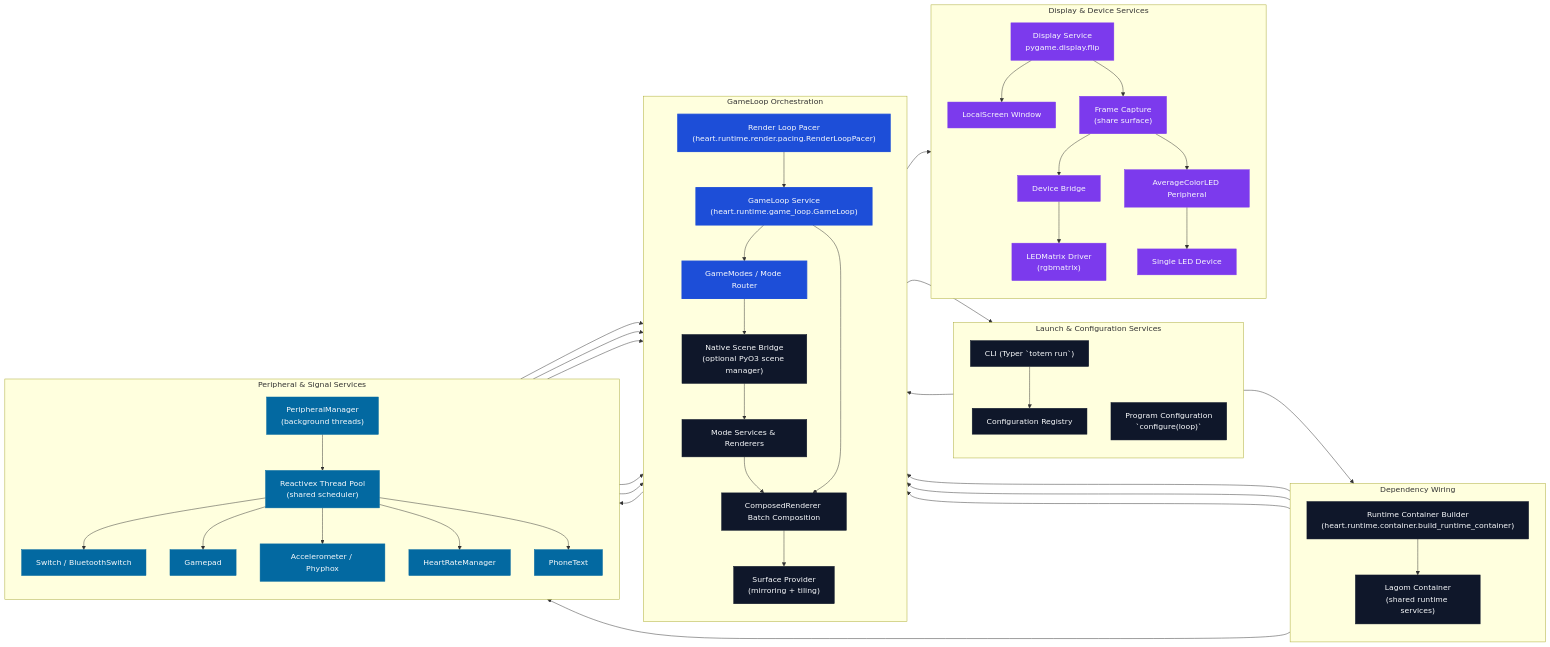
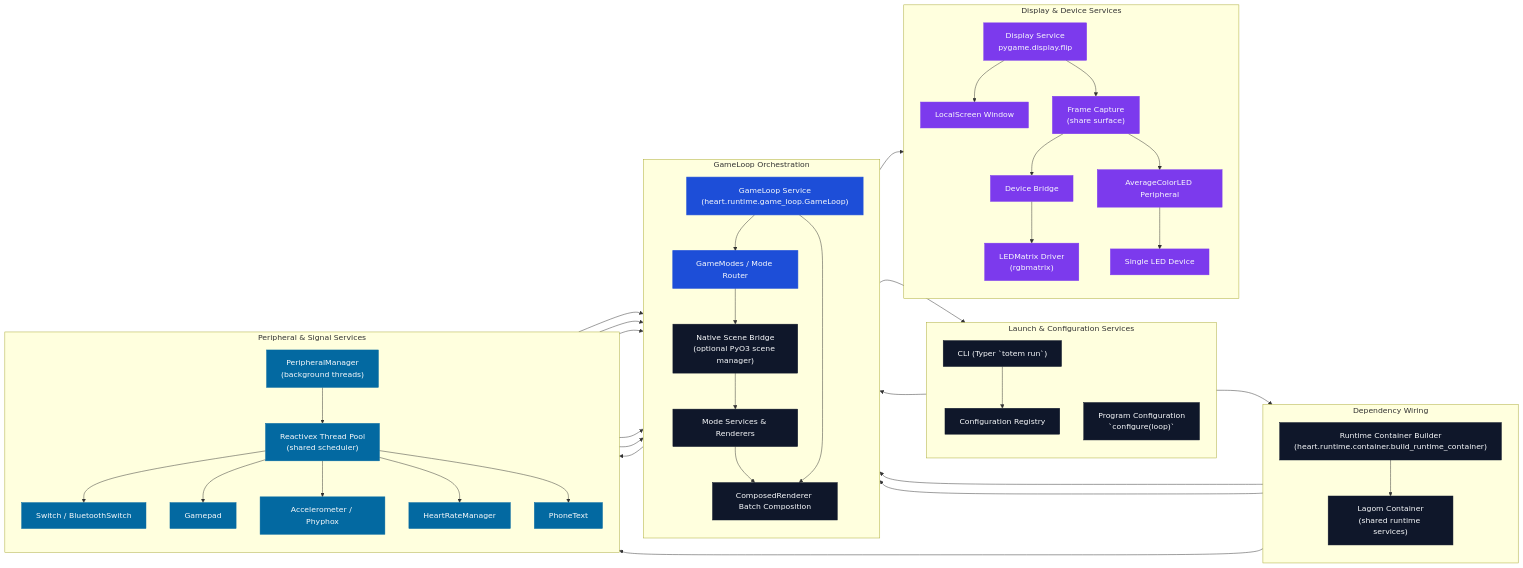
One commit to Organization5762/heart changed the diagram in docs/code_flow.md. Above: the diagram before and after it, drawn with Mermaid. The commit also changed 29 other files, not shown here.

Commit message:
Simplify runtime composition and remove dead render settings

````diff
--- a/docs/code_flow.md
+++ b/docs/code_flow.md
@@ -19,79 +19,75 @@
 ```mermaid
 flowchart LR
     %% Visual classes for different service categories
     classDef orchestrator fill:#1d4ed8,stroke:#1d4ed8,color:#f8fafc,stroke-width:2px;
     classDef service fill:#0f172a,stroke:#0f172a,color:#f8fafc;
     classDef input fill:#0369a1,stroke:#0369a1,color:#f8fafc;
     classDef output fill:#7c3aed,stroke:#7c3aed,color:#f8fafc;
 
     subgraph Launch["Launch & Configuration Services"]
         direction TB
         CLI["CLI (Typer `totem run`)"]
         Registry["Configuration Registry"]
         Configurer["Program Configuration\n`configure(loop)`"]
     end
 
     subgraph Wiring["Dependency Wiring"]
         direction TB
         ContainerBuilder["Runtime Container Builder\n(heart.runtime.container.build_runtime_container)"]
         RuntimeContainer["Lagom Container\n(shared runtime services)"]
     end
 
     subgraph Runtime["GameLoop Orchestration"]
         direction TB
         Loop["GameLoop Service\n(heart.runtime.game_loop.GameLoop)"]
-        RenderPacer["Render Loop Pacer\n(heart.runtime.render.pacing.RenderLoopPacer)"]
         ModeRouter["GameModes / Mode Router"]
         NativeSceneBridge["Native Scene Bridge\n(optional PyO3 scene manager)"]
         ModeServices["Mode Services & Renderers"]
         CompositionManager["ComposedRenderer Batch Composition"]
-        SurfaceProvider["Surface Provider\n(mirroring + tiling)"]
     end
 
     subgraph Inputs["Peripheral & Signal Services"]
         direction TB
         PeripheralMgr["PeripheralManager\n(background threads)"]
         RxScheduler["Reactivex Thread Pool\n(shared scheduler)"]
         Switch["Switch / BluetoothSwitch"]
         Gamepad["Gamepad"]
         Sensors["Accelerometer / Phyphox"]
         HeartRate["HeartRateManager"]
         PhoneText["PhoneText"]
     end
 
     subgraph Outputs["Display & Device Services"]
         direction TB
         DisplaySvc["Display Service\npygame.display.flip"]
         LocalScreen["LocalScreen Window"]
         Capture["Frame Capture\n(share surface)"]
         DeviceBridge["Device Bridge"]
         LedMatrix["LEDMatrix Driver\n(rgbmatrix)"]
         AverageMirror["AverageColorLED Peripheral"]
         SingleLED["Single LED Device"]
     end
 
     CLI --> Registry --> ContainerBuilder --> RuntimeContainer --> Loop
-    RuntimeContainer --> RenderPacer --> Loop
     Loop --> Configurer --> ModeRouter
     Loop --> ModeRouter
     RuntimeContainer --> ModeRouter
     RuntimeContainer --> PeripheralMgr
     ModeRouter --> NativeSceneBridge --> ModeServices --> CompositionManager --> DisplaySvc
     Loop --> CompositionManager
-    CompositionManager --> SurfaceProvider
     DisplaySvc --> LocalScreen
     DisplaySvc --> Capture --> DeviceBridge --> LedMatrix
     Capture --> AverageMirror --> SingleLED
 
     Loop --> PeripheralMgr --> RxScheduler
     RxScheduler --> Switch --> ModeRouter
     RxScheduler --> Gamepad --> ModeRouter
     RxScheduler --> Sensors --> ModeServices
     RxScheduler --> HeartRate --> ModeServices
     RxScheduler --> PhoneText --> ModeServices
 
-    class CLI,Registry,Configurer,ContainerBuilder,RuntimeContainer,NativeSceneBridge,ModeServices,SurfaceProvider,CompositionManager service;
-    class Loop,ModeRouter,RenderPacer orchestrator;
+    class CLI,Registry,Configurer,ContainerBuilder,RuntimeContainer,NativeSceneBridge,ModeServices,CompositionManager service;
+    class Loop,ModeRouter orchestrator;
     class PeripheralMgr,RxScheduler,Switch,Gamepad,Sensors,HeartRate,PhoneText input;
     class DisplaySvc,LocalScreen,Capture,DeviceBridge,LedMatrix,AverageMirror,SingleLED output;
 ```
````
